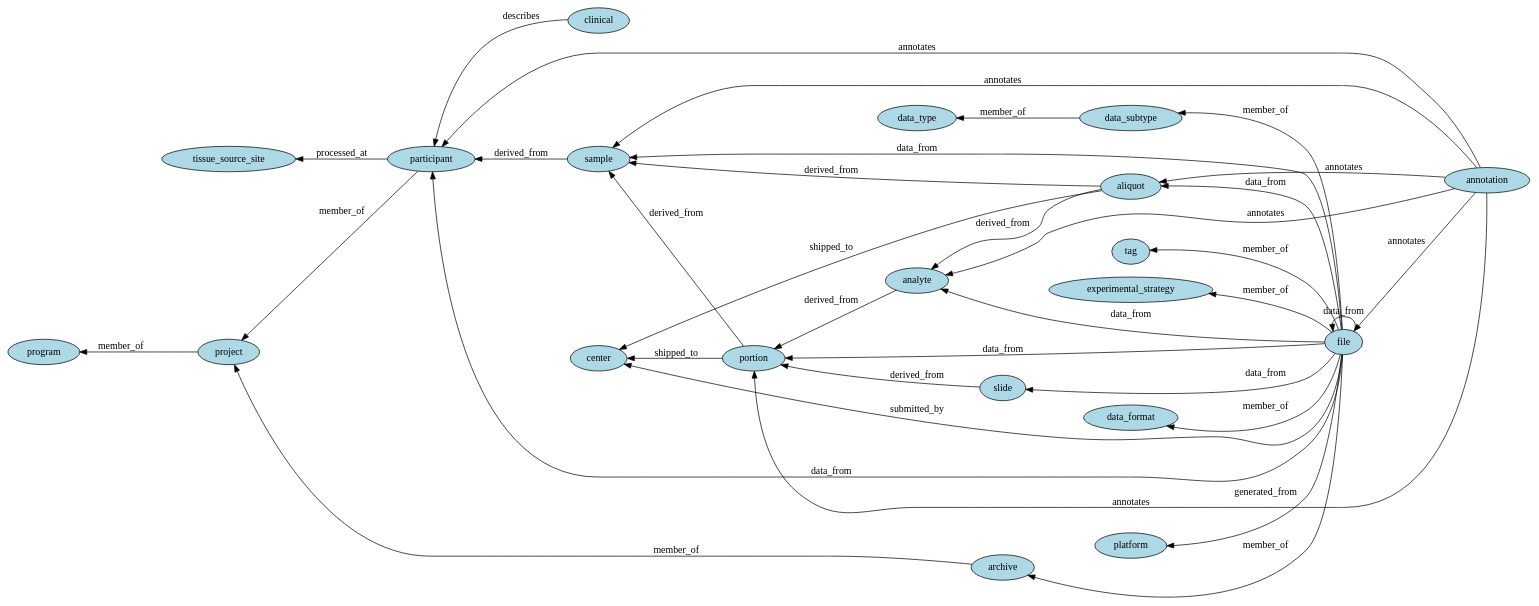
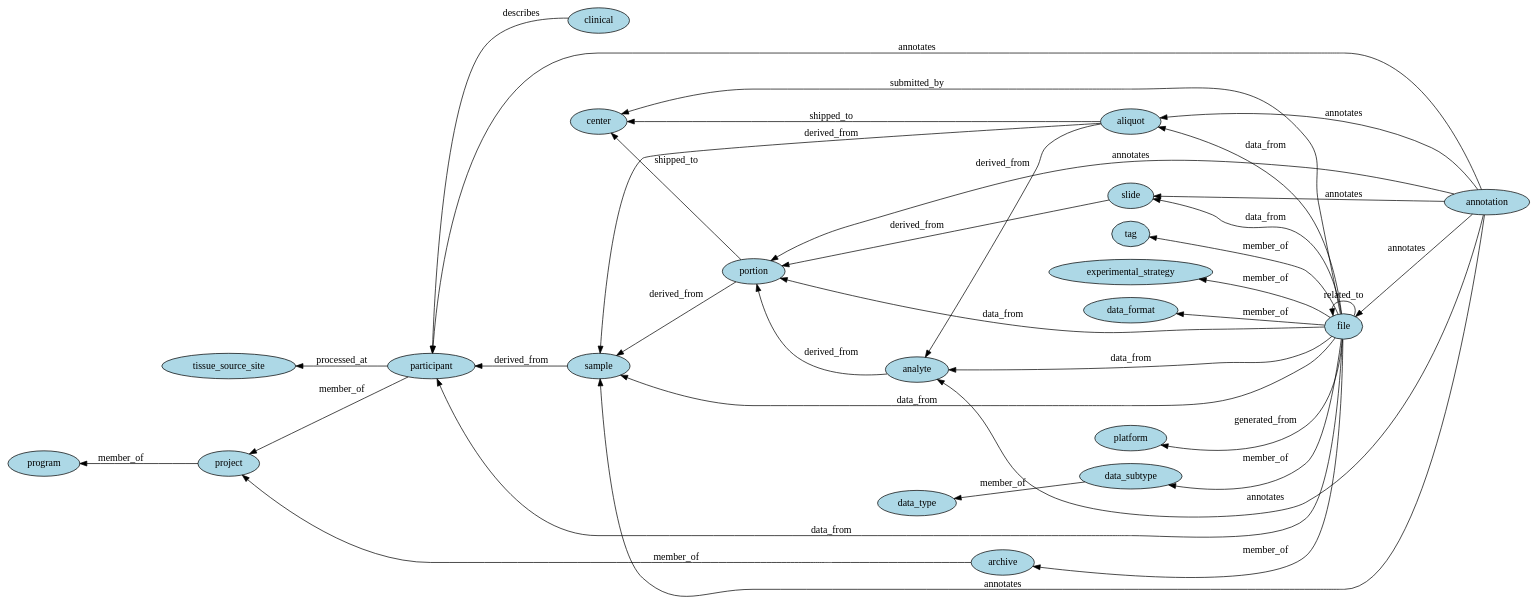
One commit to NCI-GDC/gdcdatamodel changed the diagram in docs/viz/gdc_data_model.gv. Above: the diagram before and after it, drawn with Graphviz. The commit also changed 4 other files, not shown here.

Commit message:
adds slide annotation with docs

```diff
--- a/docs/viz/gdc_data_model.gv
+++ b/docs/viz/gdc_data_model.gv
@@ -1,59 +1,60 @@
 // High level graph representation of GDC data model
 digraph {
 	graph [rankdir=RL]
 	node [fillcolor=lightblue style=filled]
 		aliquot [label=aliquot]
 		analyte [label=analyte]
 		portion [label=portion]
 		sample [label=sample]
 		participant [label=participant]
 		project [label=project]
 		program [label=program]
 		center [label=center]
 		platform [label=platform]
 		data_type [label=data_type]
 		data_subtype [label=data_subtype]
 		tag [label=tag]
 		experimental_strategy [label=experimental_strategy]
 		data_format [label=data_format]
 		file [label=file]
 		archive [label=archive]
 		annotation [label=annotation]
 		clinical [label=clinical]
 		slide [label=slide]
 		tissue_source_site [label=tissue_source_site]
 			aliquot -> analyte [label=derived_from]
 			aliquot -> sample [label=derived_from]
 			analyte -> portion [label=derived_from]
 			portion -> sample [label=derived_from]
 			sample -> participant [label=derived_from]
 			slide -> portion [label=derived_from]
 			participant -> project [label=member_of]
 			project -> program [label=member_of]
 			archive -> project [label=member_of]
 			file -> archive [label=member_of]
 			file -> experimental_strategy [label=member_of]
 			file -> data_subtype [label=member_of]
 			file -> data_format [label=member_of]
 			file -> tag [label=member_of]
 			data_subtype -> data_type [label=member_of]
 			participant -> tissue_source_site [label=processed_at]
 			file -> platform [label=generated_from]
 			file -> aliquot [label=data_from]
 			file -> analyte [label=data_from]
 			file -> portion [label=data_from]
 			file -> sample [label=data_from]
 			file -> participant [label=data_from]
 			file -> slide [label=data_from]
-			file -> file [label=data_from]
+			file -> file [label=related_to]
 			clinical -> participant [label=describes]
 			annotation -> participant [label=annotates]
 			annotation -> sample [label=annotates]
+			annotation -> slide [label=annotates]
 			annotation -> portion [label=annotates]
 			annotation -> analyte [label=annotates]
 			annotation -> aliquot [label=annotates]
 			annotation -> file [label=annotates]
 			aliquot -> center [label=shipped_to]
 			portion -> center [label=shipped_to]
 			file -> center [label=submitted_by]
 }
```
